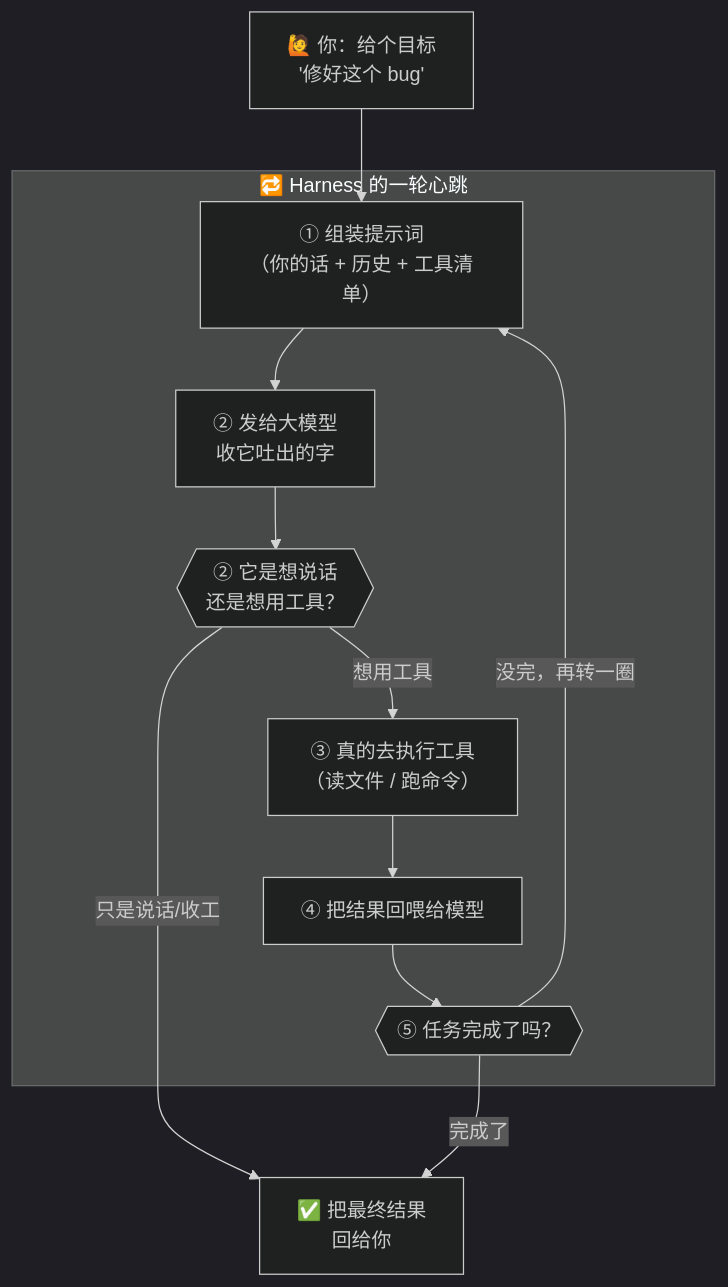
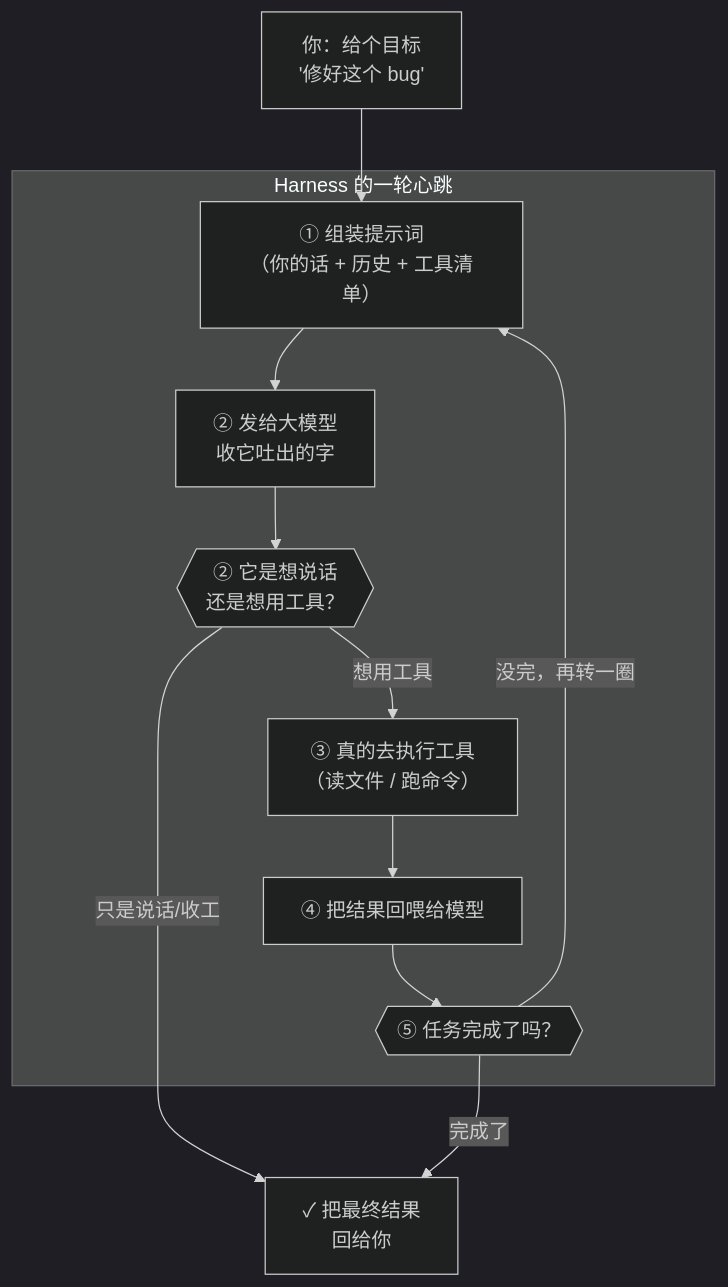
The fourth of 7 diagrams in docs/02_CONCEPTS_概念入门/CONCEPT/[CONCEPT-16] 什么是Harness-智能体运行骨架.md (luckykhy/KhyAiHub), drawn with Mermaid (dark theme) before and after one commit. The commit also changed other lines of this file and 19 other files, not shown here.

````diff
--- a/docs/02_CONCEPTS_概念入门/CONCEPT/[CONCEPT-16] 什么是Harness-智能体运行骨架.md
+++ b/docs/02_CONCEPTS_概念入门/CONCEPT/[CONCEPT-16] 什么是Harness-智能体运行骨架.md
@@ -111,14 +111,14 @@
 ```mermaid
 flowchart TB
-  YOU["🙋 你：给个目标<br/>'修好这个 bug'"] --> ASSEMBLE
-  subgraph 心跳["🔁 Harness 的一轮心跳"]
+  YOU["你：给个目标<br/>'修好这个 bug'"] --> ASSEMBLE
+  subgraph 心跳["Harness 的一轮心跳"]
     ASSEMBLE["① 组装提示词<br/>（你的话 + 历史 + 工具清单）"] --> ASK["② 发给大模型<br/>收它吐出的字"]
     ASK --> JUDGE{{"② 它是想说话<br/>还是想用工具？"}}
     JUDGE -->|"想用工具"| RUN["③ 真的去执行工具<br/>（读文件 / 跑命令）"]
     RUN --> FEED["④ 把结果回喂给模型"]
     FEED --> DONE{{"⑤ 任务完成了吗？"}}
     DONE -->|"没完，再转一圈"| ASSEMBLE
   end
   JUDGE -->|"只是说话/收工"| REPLY
-  DONE -->|"完成了"| REPLY["✅ 把最终结果<br/>回给你"]
+  DONE -->|"完成了"| REPLY["✓ 把最终结果<br/>回给你"]
 ```
````
